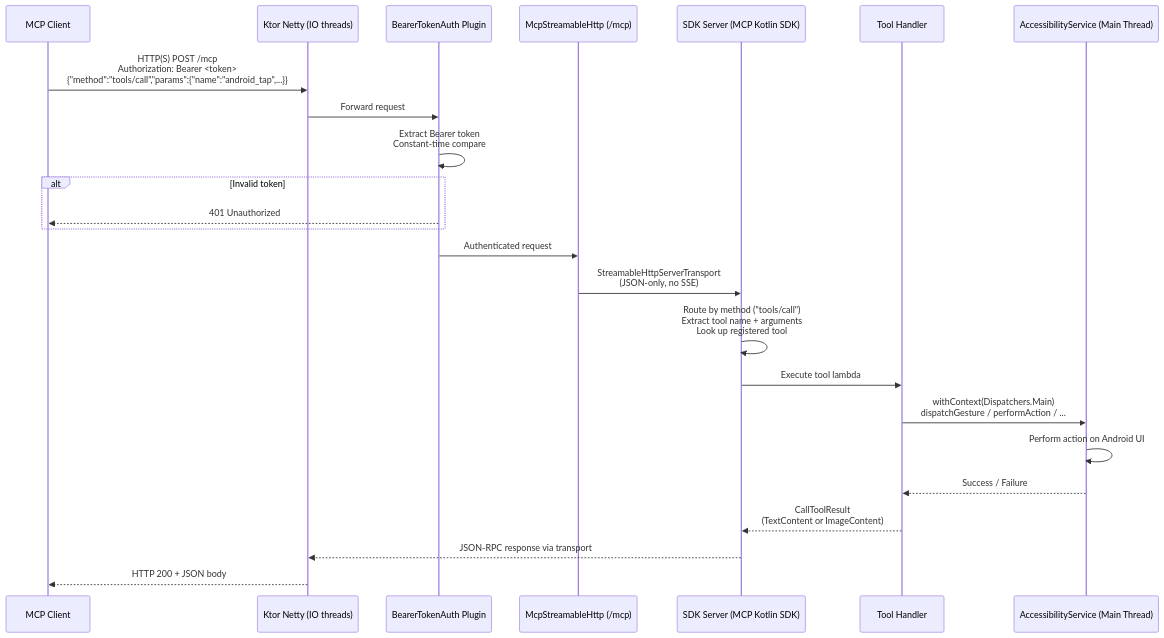
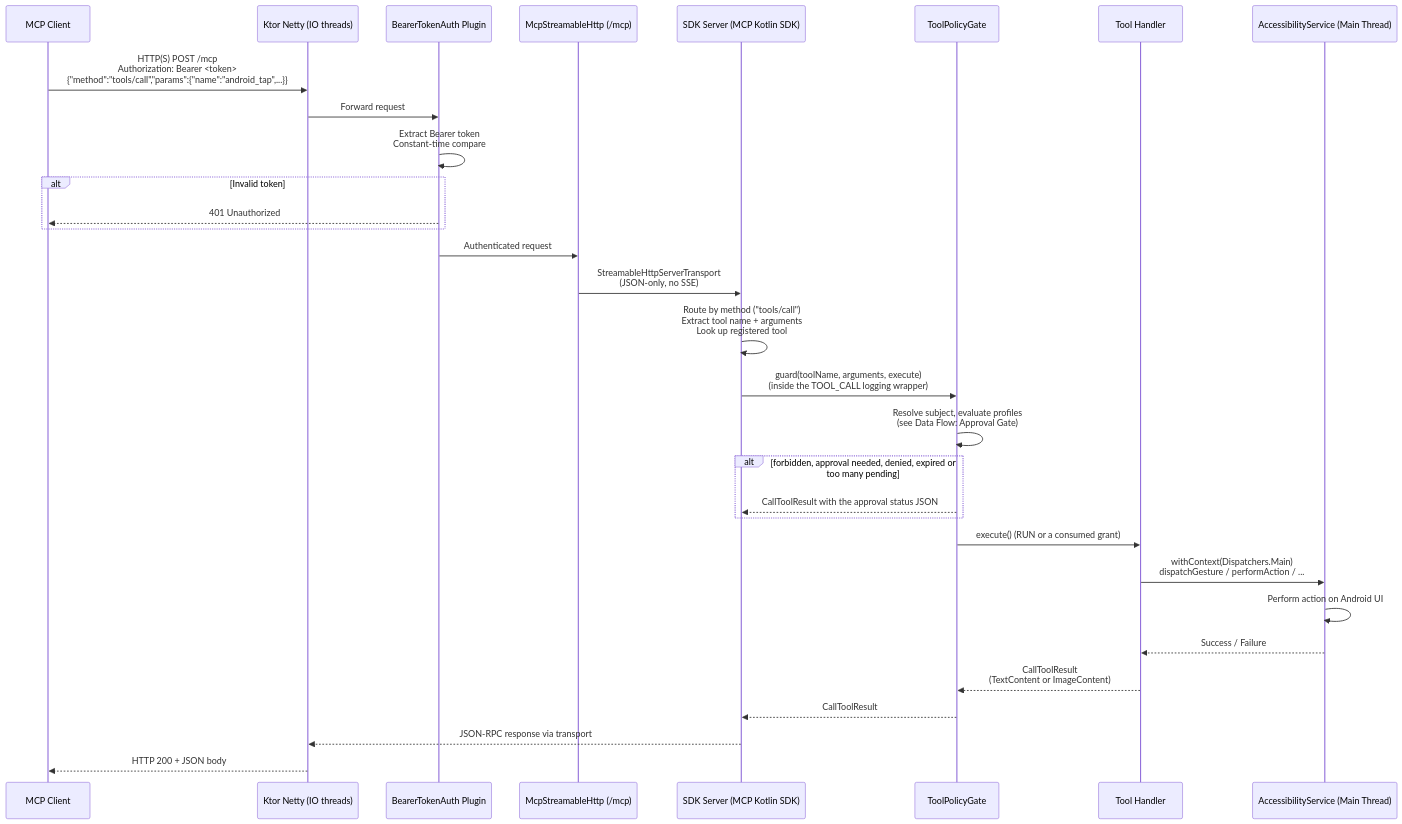
One commit to mlandolfi90/Lucky-Tool-Android changed the second of 7 diagrams in docs/ARCHITECTURE.md. Above: the diagram before and after it, drawn with Mermaid. The commit also changed other lines of this file and 2 other files, not shown here.

Commit message:
docs: describe the approval gate in the project, architecture and README docs

````diff
--- a/docs/ARCHITECTURE.md
+++ b/docs/ARCHITECTURE.md
@@ -163,27 +207,34 @@
 ```mermaid
 sequenceDiagram
     participant Client as MCP Client
     participant Ktor as Ktor Netty (IO threads)
     participant Auth as BearerTokenAuth Plugin
     participant Route as McpStreamableHttp (/mcp)
     participant SDK as SDK Server (MCP Kotlin SDK)
+    participant Gate as ToolPolicyGate
     participant Tool as Tool Handler
     participant Acc as AccessibilityService (Main Thread)
 
     Client->>Ktor: HTTP(S) POST /mcp<br/>Authorization: Bearer <token><br/>{"method":"tools/call","params":{"name":"android_tap",...}}
     Ktor->>Auth: Forward request
     Auth->>Auth: Extract Bearer token<br/>Constant-time compare
     alt Invalid token
         Auth-->>Client: 401 Unauthorized
     end
     Auth->>Route: Authenticated request
     Route->>SDK: StreamableHttpServerTransport<br/>(JSON-only, no SSE)
     SDK->>SDK: Route by method ("tools/call")<br/>Extract tool name + arguments<br/>Look up registered tool
-    SDK->>Tool: Execute tool lambda
+    SDK->>Gate: guard(toolName, arguments, execute)<br/>(inside the TOOL_CALL logging wrapper)
+    Gate->>Gate: Resolve subject, evaluate profiles<br/>(see Data Flow: Approval Gate)
+    alt forbidden, approval needed, denied, expired or too many pending
+        Gate-->>SDK: CallToolResult with the approval status JSON
+    end
+    Gate->>Tool: execute() (RUN or a consumed grant)
     Tool->>Acc: withContext(Dispatchers.Main)<br/>dispatchGesture / performAction / ...
     Acc->>Acc: Perform action on Android UI
     Acc-->>Tool: Success / Failure
-    Tool-->>SDK: CallToolResult<br/>(TextContent or ImageContent)
+    Tool-->>Gate: CallToolResult<br/>(TextContent or ImageContent)
+    Gate-->>SDK: CallToolResult
     SDK-->>Ktor: JSON-RPC response via transport
     Ktor-->>Client: HTTP 200 + JSON body
 ```
````
